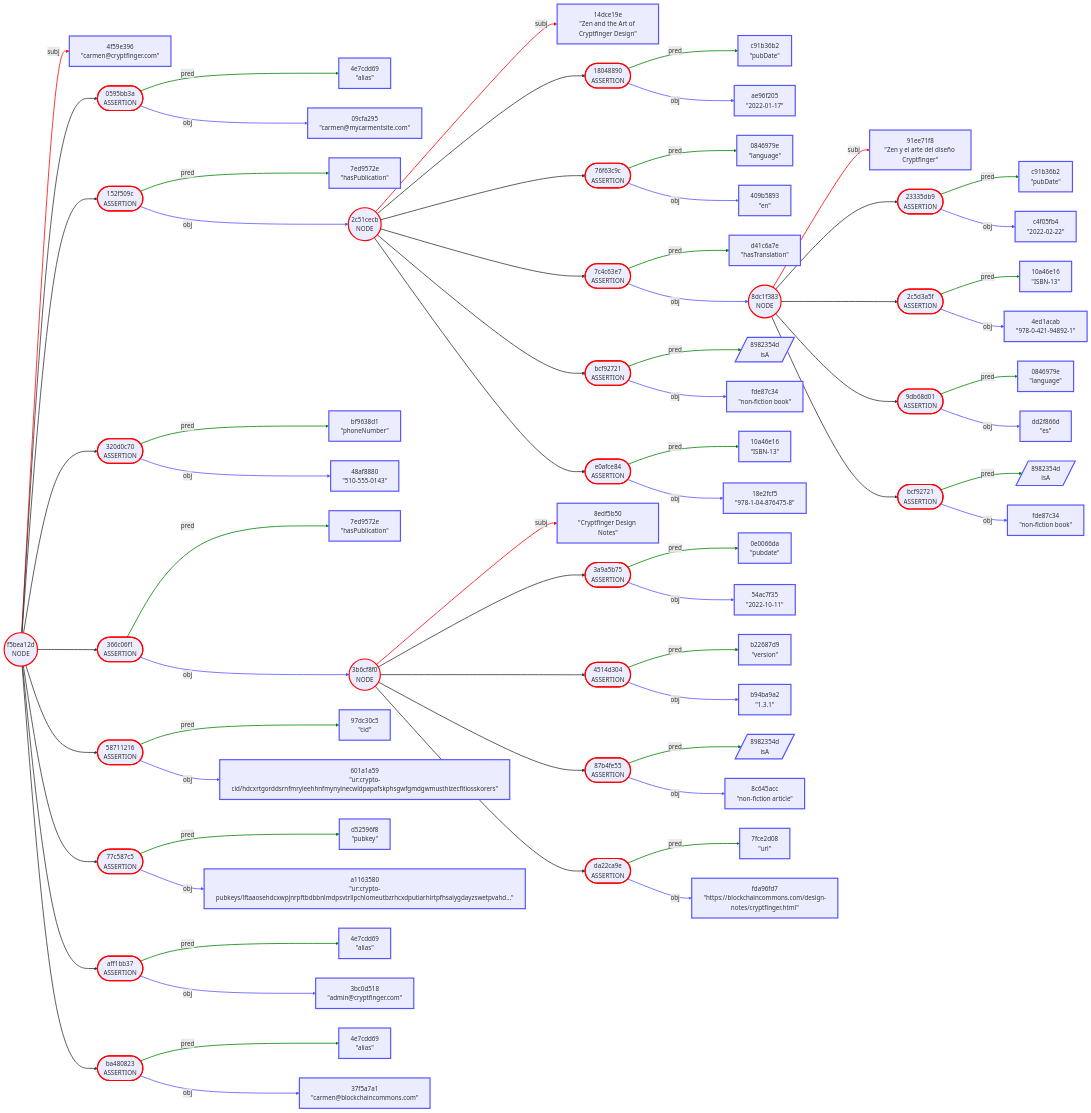
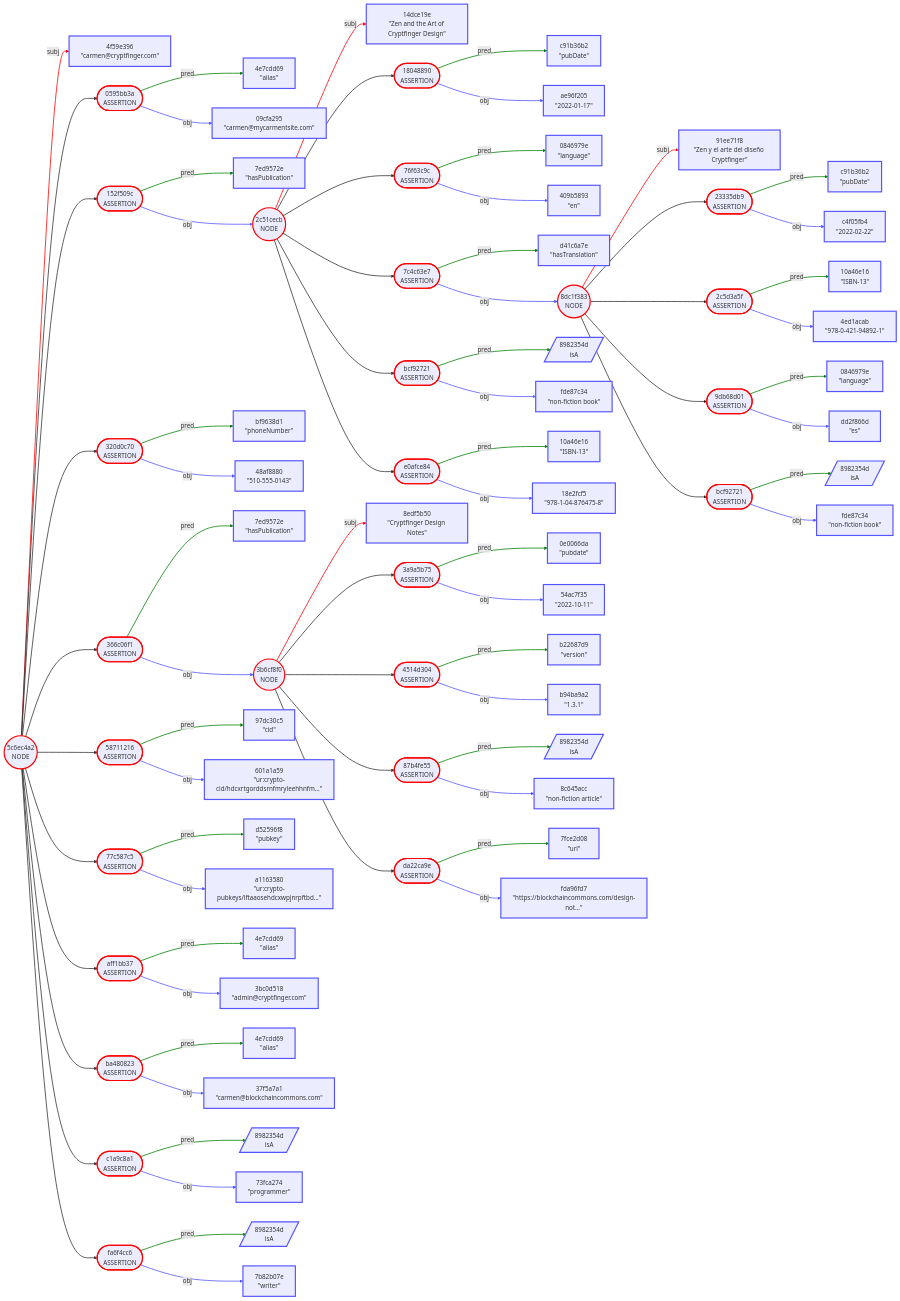
The first of 6 diagrams in Docs/Envelope-Use-Cases-Data.md (BlockchainCommons/Gordian), drawn with Mermaid before and after one commit. The commit also changed other lines of this file, not shown here.

````diff
--- a/Docs/Envelope-Use-Cases-Data.md
+++ b/Docs/Envelope-Use-Cases-Data.md
@@ -58,6 +60,6 @@
 ```mermaid
 graph LR
-    1(("f5bea12d<br/>NODE"))
+    1(("5c6ec4a2<br/>NODE"))
     2["4f59e396<br/>#quot;carmen@cryptfinger.com#quot;"]
     3(["0595bb3a<br/>ASSERTION"])
     4["4e7cdd69<br/>#quot;alias#quot;"]
@@ -112,19 +114,25 @@
     53["8c645acc<br/>#quot;non-fiction article#quot;"]
     54(["da22ca9e<br/>ASSERTION"])
     55["7fce2d08<br/>#quot;url#quot;"]
-    56["fda96fd7<br/>#quot;https://blockchaincommons.com/design-notes/cryptfinger.html#quot;"]
+    56["fda96fd7<br/>#quot;https://blockchaincommons.com/design-not…#quot;"]
     57(["58711216<br/>ASSERTION"])
     58["97dc30c5<br/>#quot;cid#quot;"]
-    59["601a1a59<br/>#quot;ur:crypto-cid/hdcxrtgorddsrnfmryleehhnfmynylnecwldpapafskphsgwfgmdgwmusthlzecfltiosskorers#quot;"]
+    59["601a1a59<br/>#quot;ur:crypto-cid/hdcxrtgorddsrnfmryleehhnfm…#quot;"]
     60(["77c587c5<br/>ASSERTION"])
     61["d52596f8<br/>#quot;pubkey#quot;"]
-    62["a1163580<br/>#quot;ur:crypto-pubkeys/lftaaosehdcxwpjnrpftbdbbnlmdpsvtrllpchlomeutbzrhcxdputiarhlrtpfhsaiygdayzswetpvahd…#quot;"]
+    62["a1163580<br/>#quot;ur:crypto-pubkeys/lftaaosehdcxwpjnrpftbd…#quot;"]
     63(["aff1bb37<br/>ASSERTION"])
     64["4e7cdd69<br/>#quot;alias#quot;"]
     65["3bc0d518<br/>#quot;admin@cryptfinger.com#quot;"]
     66(["ba480823<br/>ASSERTION"])
     67["4e7cdd69<br/>#quot;alias#quot;"]
     68["37f5a7a1<br/>#quot;carmen@blockchaincommons.com#quot;"]
+    69(["c1a9c8a1<br/>ASSERTION"])
+    70[/"8982354d<br/>isA"/]
+    71["73fca274<br/>#quot;programmer#quot;"]
+    72(["fa6f4cc6<br/>ASSERTION"])
+    73[/"8982354d<br/>isA"/]
+    74["7b82b07e<br/>#quot;writer#quot;"]
     1 -->|subj| 2
     1 --> 3
     3 -->|pred| 4
@@ -192,6 +200,12 @@
     1 --> 66
     66 -->|pred| 67
     66 -->|obj| 68
+    1 --> 69
+    69 -->|pred| 70
+    69 -->|obj| 71
+    1 --> 72
+    72 -->|pred| 73
+    72 -->|obj| 74
     style 1 stroke:red,stroke-width:3.0px
     style 2 stroke:#55f,stroke-width:3.0px
     style 3 stroke:red,stroke-width:3.0px
@@ -260,6 +274,12 @@
     style 66 stroke:red,stroke-width:3.0px
     style 67 stroke:#55f,stroke-width:3.0px
     style 68 stroke:#55f,stroke-width:3.0px
+    style 69 stroke:red,stroke-width:3.0px
+    style 70 stroke:#55f,stroke-width:3.0px
+    style 71 stroke:#55f,stroke-width:3.0px
+    style 72 stroke:red,stroke-width:3.0px
+    style 73 stroke:#55f,stroke-width:3.0px
+    style 74 stroke:#55f,stroke-width:3.0px
     linkStyle 0 stroke:red,stroke-width:2.0px
     linkStyle 1 stroke-width:2.0px
     linkStyle 2 stroke:green,stroke-width:2.0px
@@ -327,4 +347,10 @@
     linkStyle 64 stroke-width:2.0px
     linkStyle 65 stroke:green,stroke-width:2.0px
     linkStyle 66 stroke:#55f,stroke-width:2.0px
+    linkStyle 67 stroke-width:2.0px
+    linkStyle 68 stroke:green,stroke-width:2.0px
+    linkStyle 69 stroke:#55f,stroke-width:2.0px
+    linkStyle 70 stroke-width:2.0px
+    linkStyle 71 stroke:green,stroke-width:2.0px
+    linkStyle 72 stroke:#55f,stroke-width:2.0px
 ```
````
